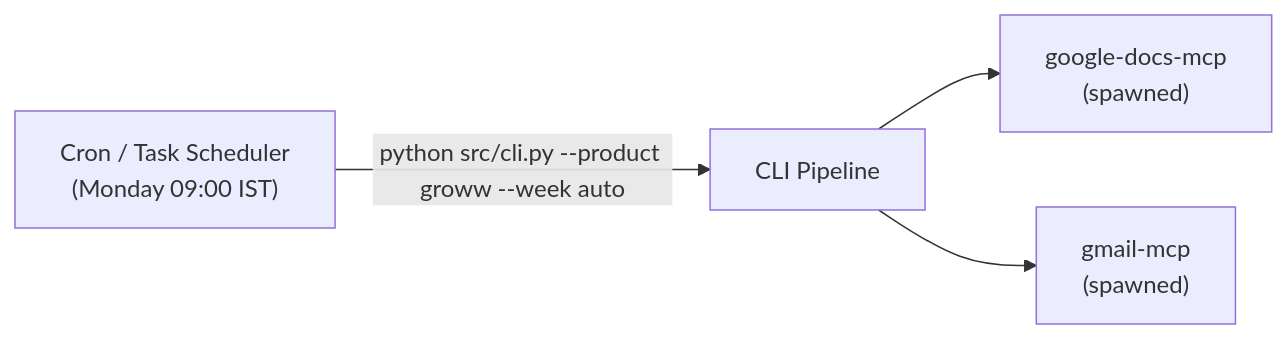
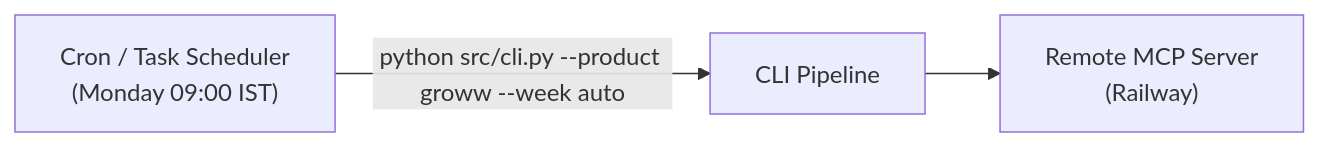
One commit to Ashishbhardwaj97/GrowwReview changed the sixth of 6 diagrams in docs/architecture.md. Above: the diagram before and after it, drawn with Mermaid. The commit also changed other lines of this file and 34 other files, not shown here.

````diff
--- a/docs/architecture.md
+++ b/docs/architecture.md
@@ -517,6 +487,5 @@
 ```mermaid
 flowchart LR
     CRON["Cron / Task Scheduler\n(Monday 09:00 IST)"] -->|"python src/cli.py --product groww --week auto"| CLI["CLI Pipeline"]
-    CLI --> MCP1["google-docs-mcp\n(spawned)"]
-    CLI --> MCP2["gmail-mcp\n(spawned)"]
+    CLI --> MCP["Remote MCP Server\n(Railway)"]
 ```
````
